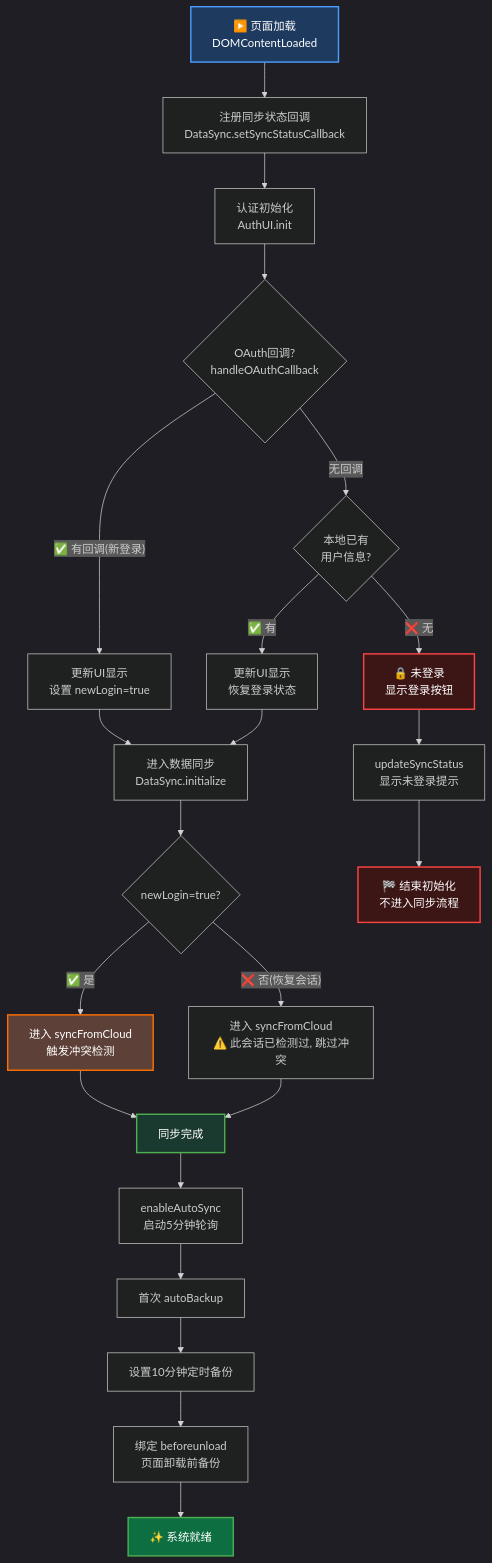
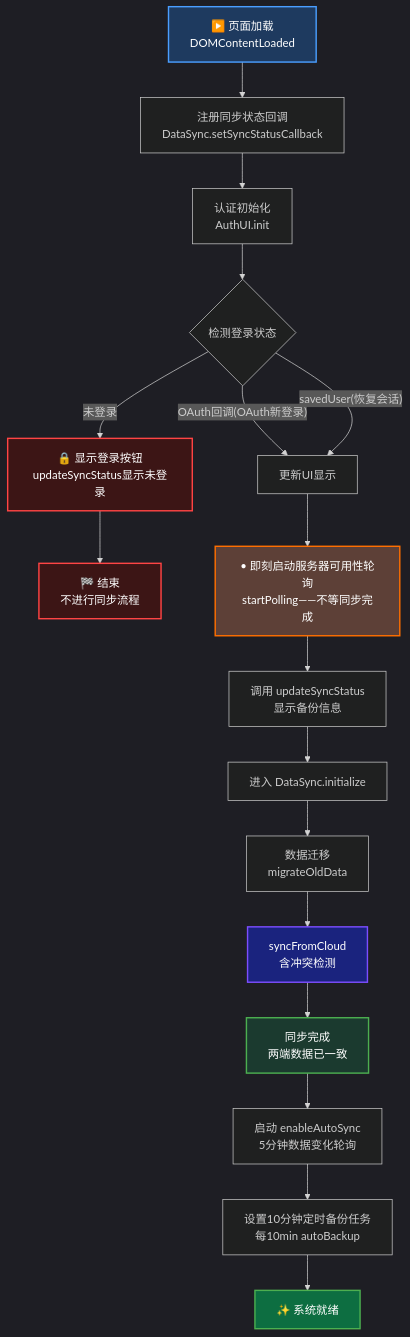
Before and after one commit to Fuck996/yanyu_tools: the first of 4 diagrams in doc/FLOWCHART_DIAGRAMS.md, drawn with Mermaid. The commit also changed other lines of this file and 2 other files, not shown here.

````diff
--- a/doc/FLOWCHART_DIAGRAMS.md
+++ b/doc/FLOWCHART_DIAGRAMS.md
@@ -31,38 +31,33 @@
 ```mermaid
 %%{init: {'theme':'dark'}}%%
 graph TD
     A["▶️ 页面加载<br/>DOMContentLoaded"] --> B["注册同步状态回调<br/>DataSync.setSyncStatusCallback"]
     B --> C["认证初始化<br/>AuthUI.init"]
 
-    C --> D{OAuth回调?<br/>handleOAuthCallback}
-    D -->|"✅ 有回调(新登录)"| E["更新UI显示<br/>设置 newLogin=true"]
-    D -->|"无回调"| F{本地已有<br/>用户信息?}
+    C --> D{"检测登录状态"}
 
-    F -->|"✅ 有"| G["更新UI显示<br/>恢复登录状态"]
-    F -->|"❌ 无"| H["🔒 未登录<br/>显示登录按钮"]
-    H --> H1["updateSyncStatus<br/>显示未登录提示"]
-    H1 --> END["🏁 结束初始化<br/>不进入同步流程"]
+    D -->|"OAuth回调(OAuth新登录)"| E["更新UI显示"]
+    D -->|"savedUser(恢复会话)"| E
+    D -->|"未登录"| F["🔒 显示登录按钮<br/>updateSyncStatus显示未登录"]
+    F --> Z["🏁 结束<br/>不进行同步流程"]
 
-    E --> SYNC_START["进入数据同步<br/>DataSync.initialize"]
-    G --> SYNC_START
+    E --> G["• 即刻启动服务器可用性轮询<br/>startPolling——不等同步完成"]
+    G --> H["调用 updateSyncStatus<br/>显示备份信息"]
+    H --> I["进入 DataSync.initialize"]
 
-    SYNC_START --> I{newLogin=true?}
-    I -->|"✅ 是"| J["进入 syncFromCloud<br/>触发冲突检测"]
-    I -->|"❌ 否(恢复会话)"| K["进入 syncFromCloud<br/>⚠️ 此会话已检测过, 跳过冲突"]
+    I --> J["数据迁移<br/>migrateOldData"]
+    J --> K["syncFromCloud<br/>含冲突检测"]
+    K --> L["同步完成<br/>两端数据已一致"]
 
-    J --> SYNC_DONE
-    K --> SYNC_DONE
-
-    SYNC_DONE["同步完成"] --> L["enableAutoSync<br/>启动5分钟轮询"]
-    L --> M["首次 autoBackup"]
-    M --> N["设置10分钟定时备份"]
-    N --> O["绑定 beforeunload<br/>页面卸载前备份"]
-    O --> P["✨ 系统就绪"]
+    L --> M["启动 enableAutoSync<br/>5分钟数据变化轮询"]
+    M --> N["设置10分钟定时备份任务<br/>每10min autoBackup"]
+    N --> O["✨ 系统就绪"]
 
     style A fill:#1e3a5f,stroke:#4a9eff,stroke-width:2px,color:#fff
-    style H fill:#3c1515,stroke:#ff4444,stroke-width:2px,color:#fff
-    style END fill:#3c1515,stroke:#ff4444,stroke-width:2px,color:#fff
-    style SYNC_DONE fill:#1b3a2f,stroke:#4caf50,stroke-width:2px,color:#fff
-    style P fill:#0d6e41,stroke:#4caf50,stroke-width:2px,color:#fff
-    style J fill:#5d4037,stroke:#ff6f00,stroke-width:2px,color:#fff
+    style F fill:#3c1515,stroke:#ff4444,stroke-width:2px,color:#fff
+    style Z fill:#3c1515,stroke:#ff4444,stroke-width:2px,color:#fff
+    style G fill:#5d4037,stroke:#ff6f00,stroke-width:2px,color:#fff
+    style K fill:#1a237e,stroke:#7c4dff,stroke-width:2px,color:#fff
+    style L fill:#1b3a2f,stroke:#4caf50,stroke-width:2px,color:#fff
+    style O fill:#0d6e41,stroke:#4caf50,stroke-width:2px,color:#fff
 ```
````
